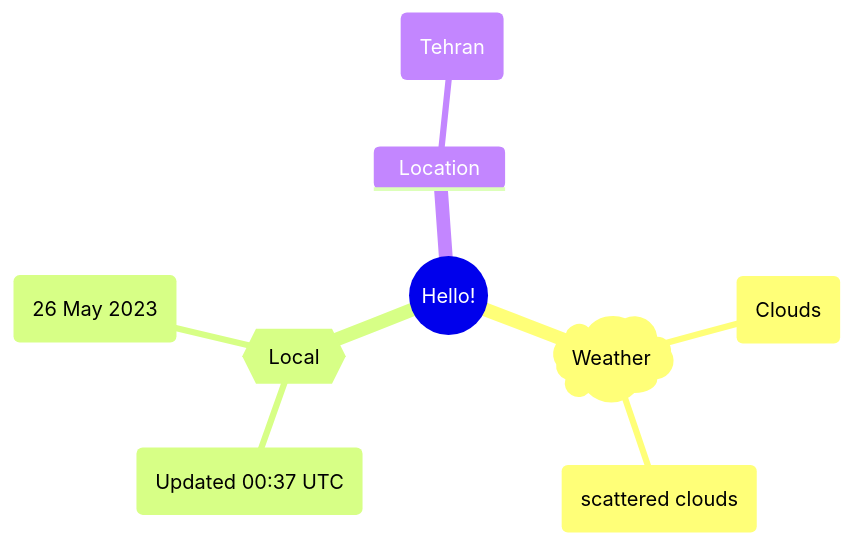
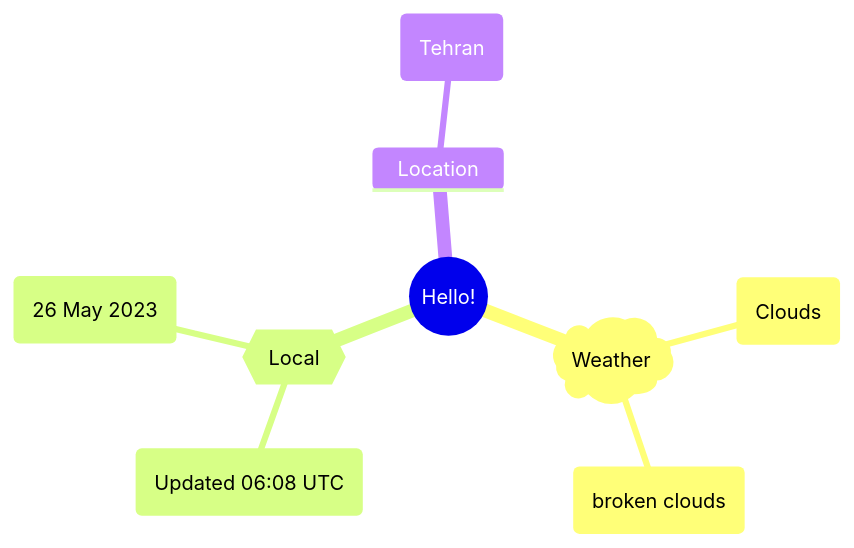
Before and after one commit to Xosrov/Xosrov: the first of 2 diagrams in README.md, drawn with Mermaid.

Commit message:
[bot] updated images

````diff
--- a/README.md
+++ b/README.md
@@ -3,12 +3,12 @@
 ```mermaid
 mindmap
   root((Hello!))
     )Weather(
         (Clouds)
-        (scattered clouds)
+        (broken clouds)
     {{Local}}
-        (Updated 00:37 UTC)
+        (Updated 06:08 UTC)
         (26 May 2023)
     Location
         (Tehran)
 ```
````
